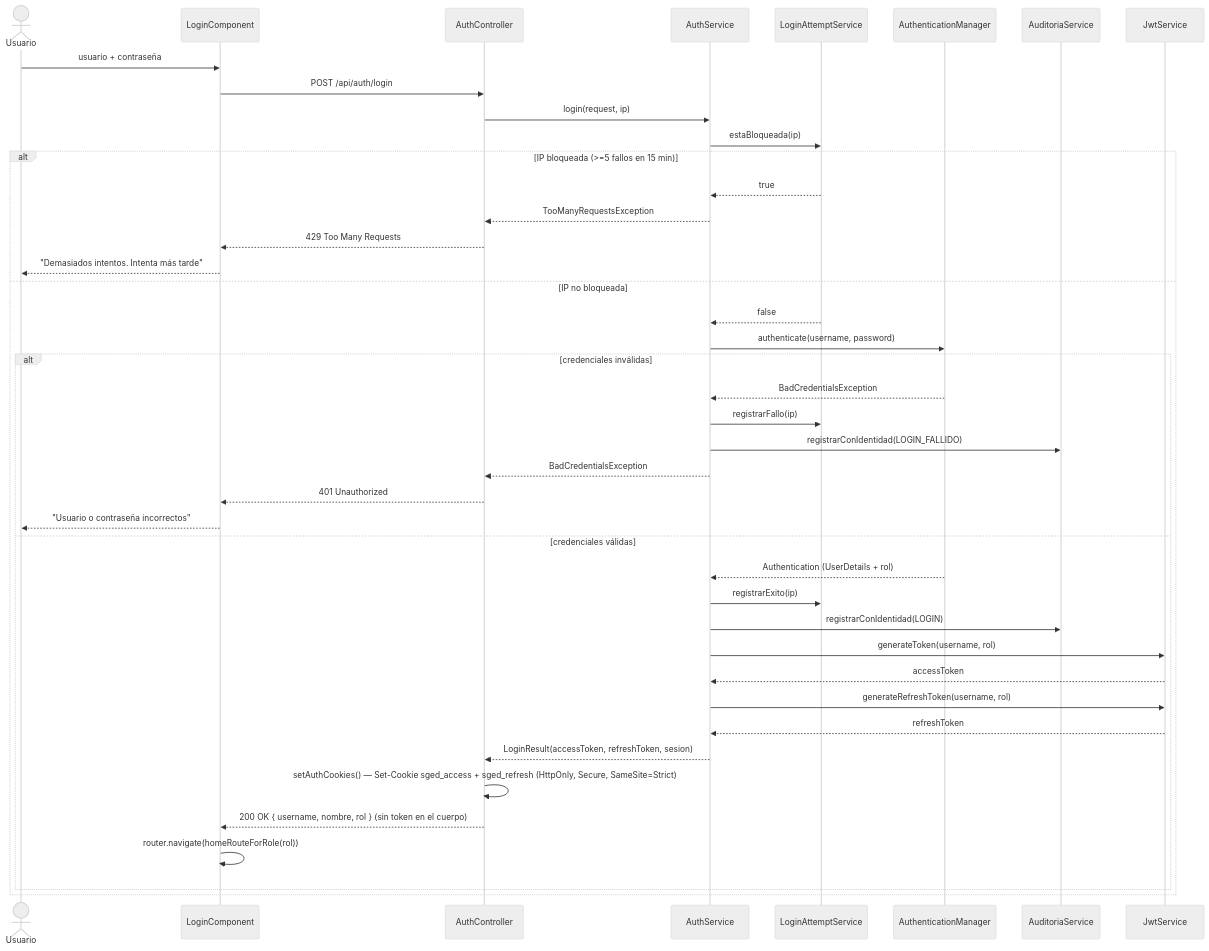
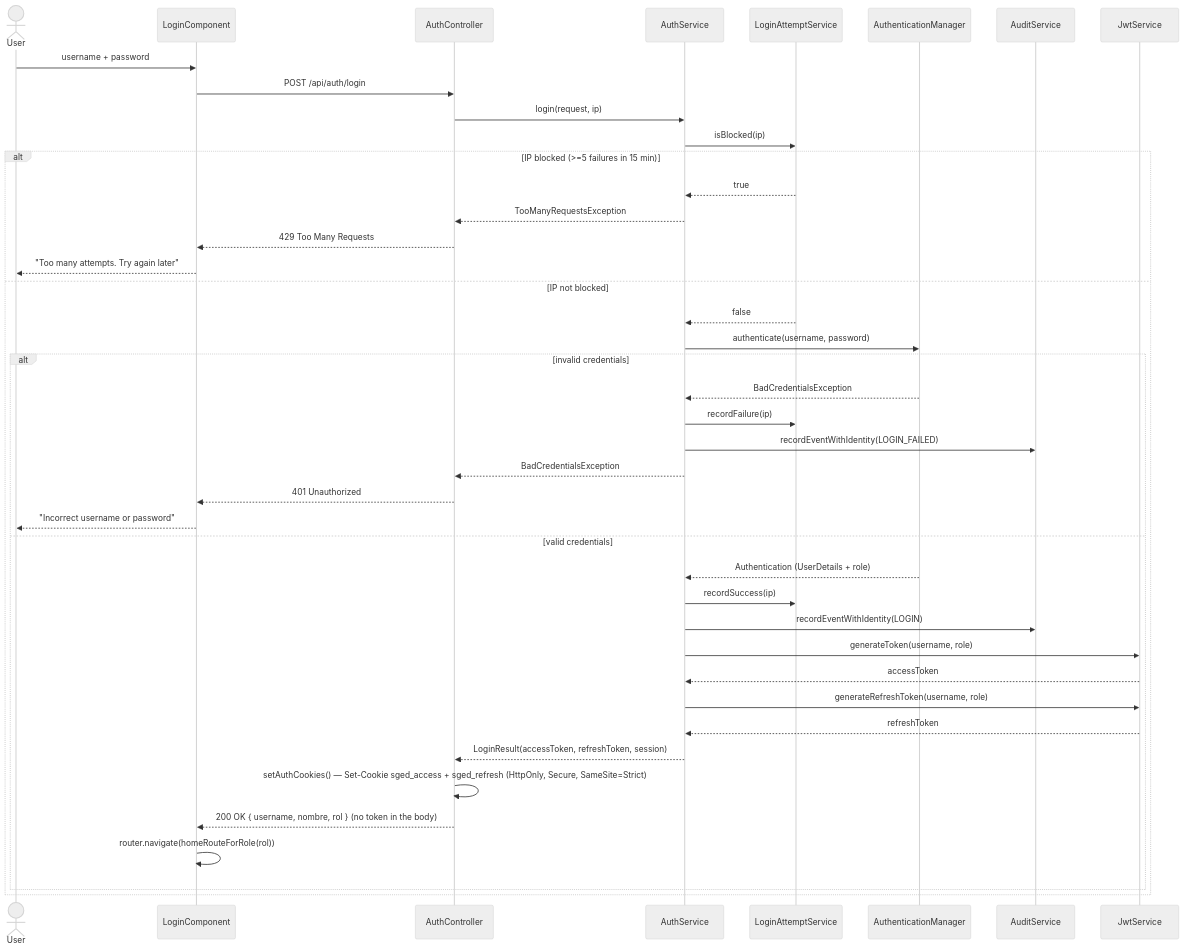
One commit to DarwinSM21/SGED_APPWEB changed the first of 3 diagrams in docs/diagramas/diagramas-secuencia.md. Above: the diagram before and after it, drawn with Mermaid (neutral theme). The commit also changed other lines of this file and 8 other files, not shown here.

First line of the commit message:
docs(diagramas): traducir a ingles los 7 diagramas del repo/informe (E3)

````diff
--- a/docs/diagramas/diagramas-secuencia.md
+++ b/docs/diagramas/diagramas-secuencia.md
@@ -32,47 +39,47 @@
 ```mermaid
 sequenceDiagram
-    actor U as Usuario
+    actor U as User
     participant LC as LoginComponent
     participant AC as AuthController
     participant AS as AuthService
     participant LAS as LoginAttemptService
     participant AM as AuthenticationManager
-    participant AUD as AuditoriaService
+    participant AUD as AuditService
     participant JWT as JwtService
 
-    U->>LC: usuario + contraseña
+    U->>LC: username + password
     LC->>AC: POST /api/auth/login
     AC->>AS: login(request, ip)
-    AS->>LAS: estaBloqueada(ip)
+    AS->>LAS: isBlocked(ip)
 
-    alt IP bloqueada (>=5 fallos en 15 min)
+    alt IP blocked (>=5 failures in 15 min)
         LAS-->>AS: true
         AS-->>AC: TooManyRequestsException
         AC-->>LC: 429 Too Many Requests
-        LC-->>U: "Demasiados intentos. Intenta más tarde"
-    else IP no bloqueada
+        LC-->>U: "Too many attempts. Try again later"
+    else IP not blocked
         LAS-->>AS: false
         AS->>AM: authenticate(username, password)
 
-        alt credenciales inválidas
+        alt invalid credentials
             AM-->>AS: BadCredentialsException
-            AS->>LAS: registrarFallo(ip)
-            AS->>AUD: registrarConIdentidad(LOGIN_FALLIDO)
+            AS->>LAS: recordFailure(ip)
+            AS->>AUD: recordEventWithIdentity(LOGIN_FAILED)
             AS-->>AC: BadCredentialsException
             AC-->>LC: 401 Unauthorized
-            LC-->>U: "Usuario o contraseña incorrectos"
-        else credenciales válidas
-            AM-->>AS: Authentication (UserDetails + rol)
-            AS->>LAS: registrarExito(ip)
-            AS->>AUD: registrarConIdentidad(LOGIN)
-            AS->>JWT: generateToken(username, rol)
+            LC-->>U: "Incorrect username or password"
+        else valid credentials
+            AM-->>AS: Authentication (UserDetails + role)
+            AS->>LAS: recordSuccess(ip)
+            AS->>AUD: recordEventWithIdentity(LOGIN)
+            AS->>JWT: generateToken(username, role)
             JWT-->>AS: accessToken
-            AS->>JWT: generateRefreshToken(username, rol)
+            AS->>JWT: generateRefreshToken(username, role)
             JWT-->>AS: refreshToken
-            AS-->>AC: LoginResult(accessToken, refreshToken, sesion)
+            AS-->>AC: LoginResult(accessToken, refreshToken, session)
             AC->>AC: setAuthCookies() — Set-Cookie sged_access + sged_refresh (HttpOnly, Secure, SameSite=Strict)
-            AC-->>LC: 200 OK { username, nombre, rol } (sin token en el cuerpo)
+            AC-->>LC: 200 OK { username, nombre, rol } (no token in the body)
             LC->>LC: router.navigate(homeRouteForRole(rol))
         end
     end
 ```
````
